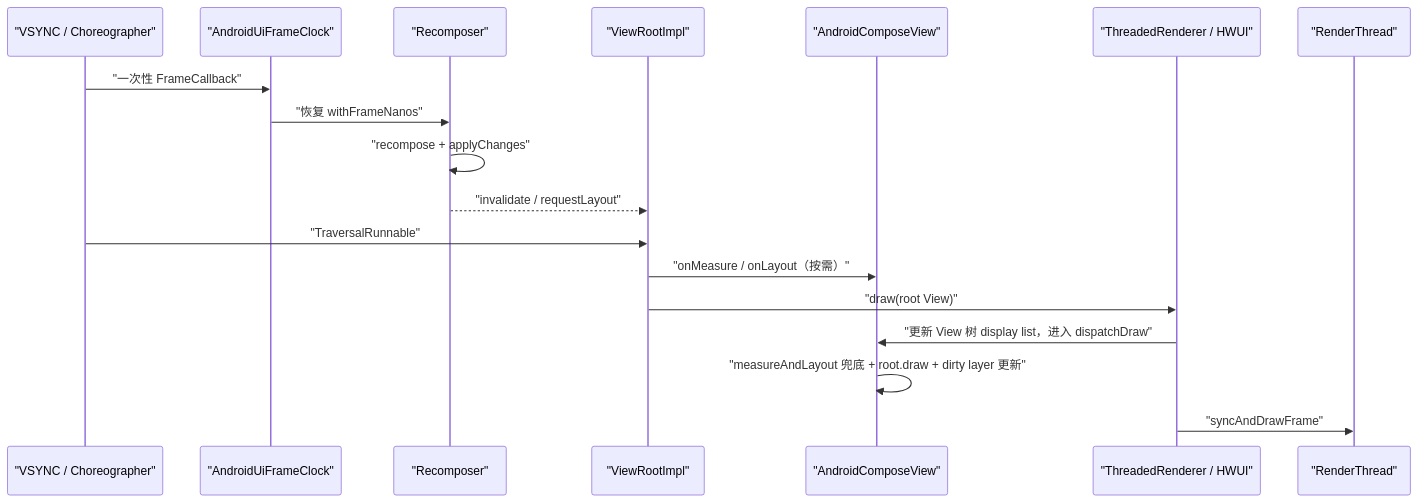
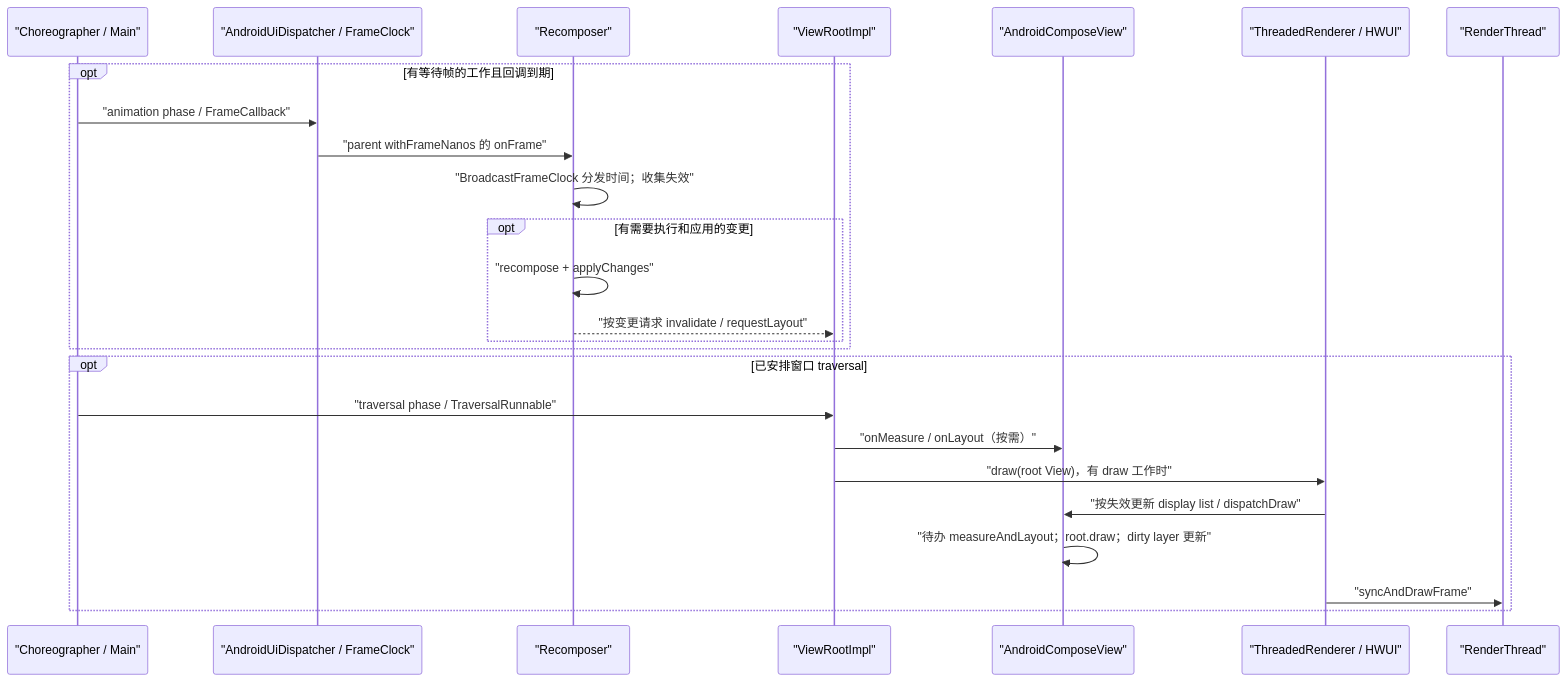
One commit to Gracker/android-internals-wiki changed the first of 2 diagrams in src/part2-performance/ch13-rendering-pipelines/08-compose-rendering-pipeline.md. Above: the diagram before and after it, drawn with Mermaid. The commit also changed other lines of this file and 196 other files, not shown here.

````diff
--- a/src/part2-performance/ch13-rendering-pipelines/08-compose-rendering-pipeline.md
+++ b/src/part2-performance/ch13-rendering-pipelines/08-compose-rendering-pipeline.md
@@ -214,21 +256,28 @@
 ```mermaid
 sequenceDiagram
-    participant V as "VSYNC / Choreographer"
-    participant F as "AndroidUiFrameClock"
+    participant V as "Choreographer / Main"
+    participant F as "AndroidUiDispatcher / FrameClock"
     participant R as "Recomposer"
     participant W as "ViewRootImpl"
     participant A as "AndroidComposeView"
     participant H as "ThreadedRenderer / HWUI"
     participant T as "RenderThread"
 
-    V->>F: "一次性 FrameCallback"
-    F->>R: "恢复 withFrameNanos"
-    R->>R: "recompose + applyChanges"
-    R-->>W: "invalidate / requestLayout"
-    V->>W: "TraversalRunnable"
-    W->>A: "onMeasure / onLayout（按需）"
-    W->>H: "draw(root View)"
-    H->>A: "更新 View 树 display list，进入 dispatchDraw"
-    A->>A: "measureAndLayout 兜底 + root.draw + dirty layer 更新"
-    H->>T: "syncAndDrawFrame"
+    opt 有等待帧的工作且回调到期
+        V->>F: "animation phase / FrameCallback"
+        F->>R: "parent withFrameNanos 的 onFrame"
+        R->>R: "BroadcastFrameClock 分发时间；收集失效"
+        opt 有需要执行和应用的变更
+            R->>R: "recompose + applyChanges"
+            R-->>W: "按变更请求 invalidate / requestLayout"
+        end
+    end
+    opt 已安排窗口 traversal
+        V->>W: "traversal phase / TraversalRunnable"
+        W->>A: "onMeasure / onLayout（按需）"
+        W->>H: "draw(root View)，有 draw 工作时"
+        H->>A: "按失效更新 display list / dispatchDraw"
+        A->>A: "待办 measureAndLayout；root.draw；dirty layer 更新"
+        H->>T: "syncAndDrawFrame"
+    end
 ```
````
